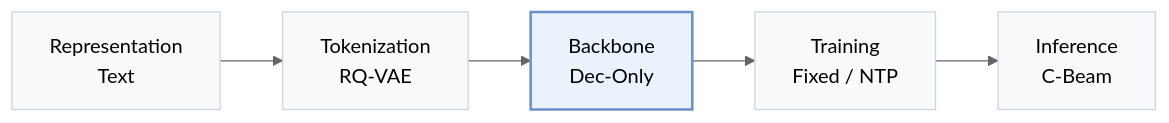
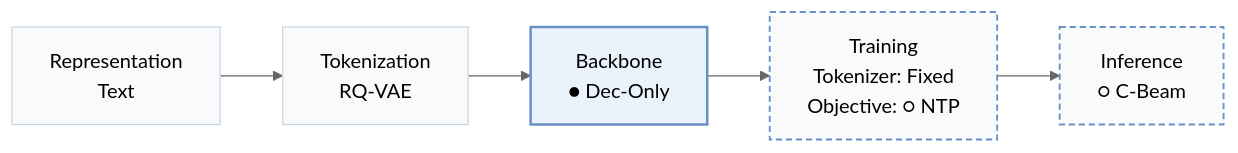
The first of 2 diagrams in pages/papers/merge-and-branch.md (Galaxy-ghost/Awesome-SID-Generative-Rec), drawn with Mermaid (neutral theme) before and after one commit. The commit also changed other lines of this file and 558 other files, not shown here.

````diff
--- a/pages/papers/merge-and-branch.md
+++ b/pages/papers/merge-and-branch.md
@@ -15,8 +18,10 @@
 ```mermaid
 flowchart LR
-    R["Representation<br/>Text"] --> T["Tokenization<br/>RQ-VAE"] --> B["Backbone<br/>Dec-Only"] --> TR["Training<br/>Fixed / NTP"] --> I["Inference<br/>C-Beam"]
+    R["Representation<br/>Text"] --> T["Tokenization<br/>RQ-VAE"] --> B["Backbone<br/>● Dec-Only"] --> TR["Training<br/>Tokenizer: Fixed<br/>Objective: ○ NTP"] --> I["Inference<br/>○ C-Beam"]
     classDef base fill:#f8fafc,stroke:#cbd5e1
     class R,T,B,TR,I base
+    classDef other fill:#f8fafc,stroke:#6b8fc7,stroke-width:1.5px,stroke-dasharray:5 3
+    class TR,I other
     classDef main fill:#eaf2fb,stroke:#6b8fc7,stroke-width:2px
     class B main
 ```
````
